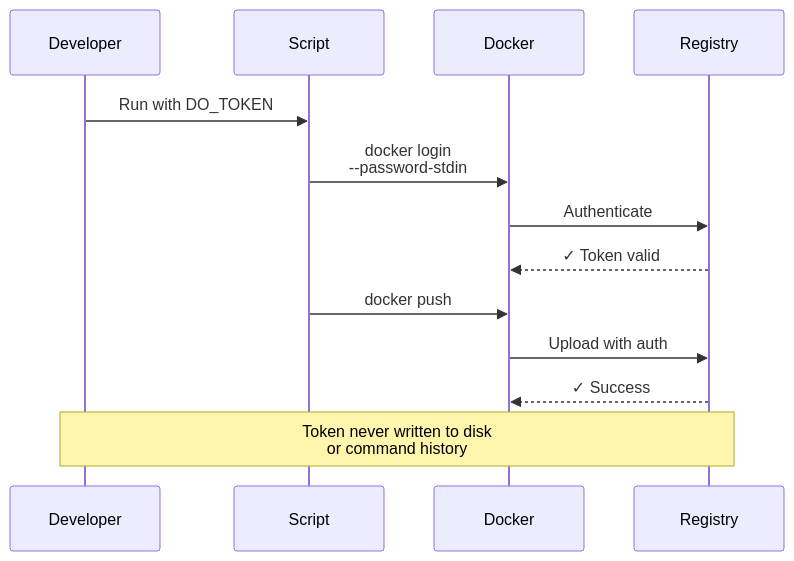
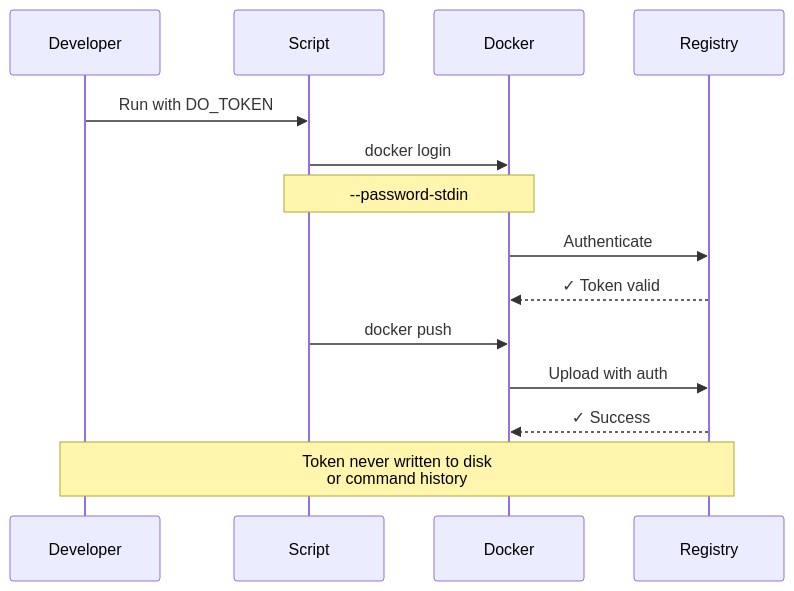
Diagram 17 of 17 in wiki/Security.md (softwarewrighter/dev-proxy), drawn with Mermaid before and after one commit. The commit also changed other lines of this file and 1 other file, not shown here.

First line of the commit message:
Fix remaining Mermaid sequence diagrams in Build-Process.md and Security.md

````diff
--- a/wiki/Security.md
+++ b/wiki/Security.md
@@ -546,21 +548,22 @@
 ```mermaid
 sequenceDiagram
     participant Dev as Developer
     participant Script as Script
     participant Docker
     participant Registry
 
     Dev->>Script: Run with DO_TOKEN
 
-    Script->>Docker: docker login<br/>--password-stdin
+    Script->>Docker: docker login
+    Note over Script,Docker: --password-stdin
 
     Docker->>Registry: Authenticate
     Registry-->>Docker: ✓ Token valid
 
     Script->>Docker: docker push
 
     Docker->>Registry: Upload with auth
     Registry-->>Docker: ✓ Success
 
     Note over Dev,Registry: Token never written to disk<br/>or command history
 ```
````
